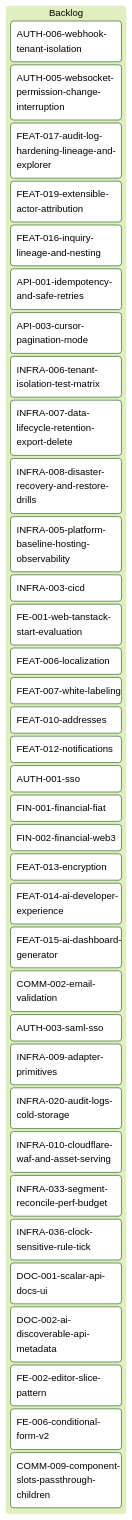
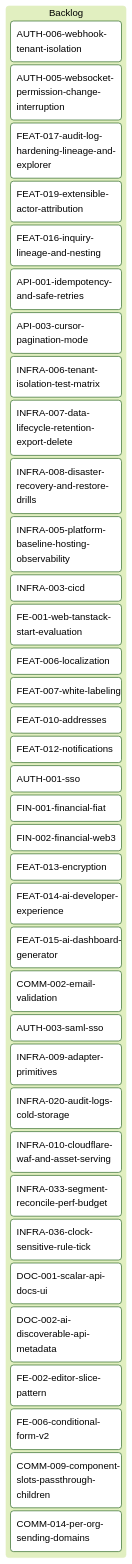
The diagram in tickets/kanban-backlog.md (inixiative/template), drawn with Mermaid (forest theme) before and after one commit. The commit also changed other lines of this file and 1 other file, not shown here.

Commit message:
COMM-014: stub for per-org sending domains (port of Zealot per-brand email domains)

````diff
--- a/tickets/kanban-backlog.md
+++ b/tickets/kanban-backlog.md
@@ -3,44 +3,45 @@
 ```mermaid
 ---
 config:
   kanban:
     ticketBaseUrl: 'https://github.com/yourorg/template/blob/main/tickets/#TICKET#'
 ---
 kanban
   Backlog
     AUTH-006-webhook-tenant-isolation
     AUTH-005-websocket-permission-change-interruption
     FEAT-017-audit-log-hardening-lineage-and-explorer
     FEAT-019-extensible-actor-attribution
     FEAT-016-inquiry-lineage-and-nesting
     API-001-idempotency-and-safe-retries
     API-003-cursor-pagination-mode
     INFRA-006-tenant-isolation-test-matrix
     INFRA-007-data-lifecycle-retention-export-delete
     INFRA-008-disaster-recovery-and-restore-drills
     INFRA-005-platform-baseline-hosting-observability
     INFRA-003-cicd
     FE-001-web-tanstack-start-evaluation
     FEAT-006-localization
     FEAT-007-white-labeling
     FEAT-010-addresses
     FEAT-012-notifications
     AUTH-001-sso
     FIN-001-financial-fiat
     FIN-002-financial-web3
     FEAT-013-encryption
     FEAT-014-ai-developer-experience
     FEAT-015-ai-dashboard-generator
     COMM-002-email-validation
     AUTH-003-saml-sso
     INFRA-009-adapter-primitives
     INFRA-020-audit-logs-cold-storage
     INFRA-010-cloudflare-waf-and-asset-serving
     INFRA-033-segment-reconcile-perf-budget
     INFRA-036-clock-sensitive-rule-tick
     DOC-001-scalar-api-docs-ui
     DOC-002-ai-discoverable-api-metadata
     FE-002-editor-slice-pattern
     FE-006-conditional-form-v2
     COMM-009-component-slots-passthrough-children
+    COMM-014-per-org-sending-domains
 ```
````
